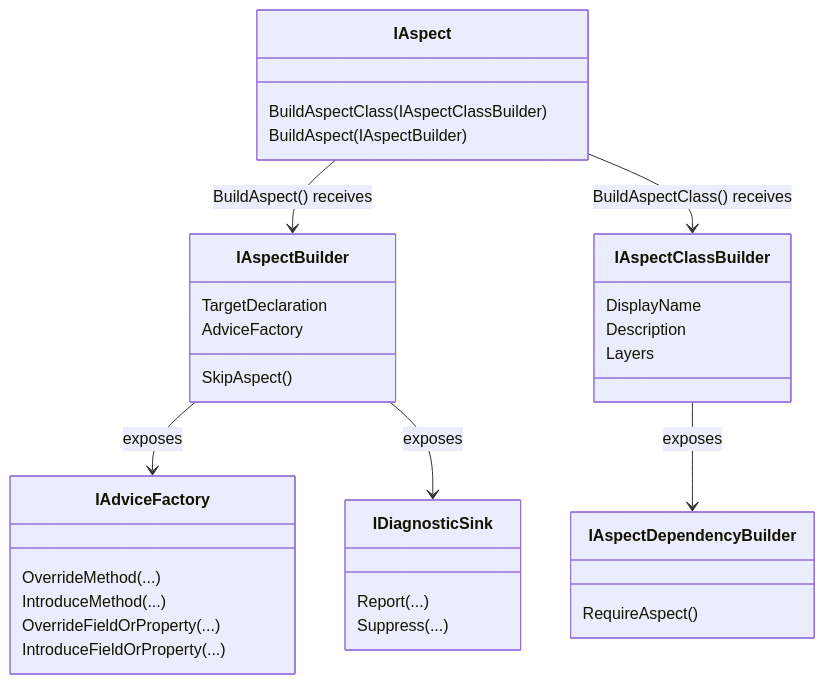
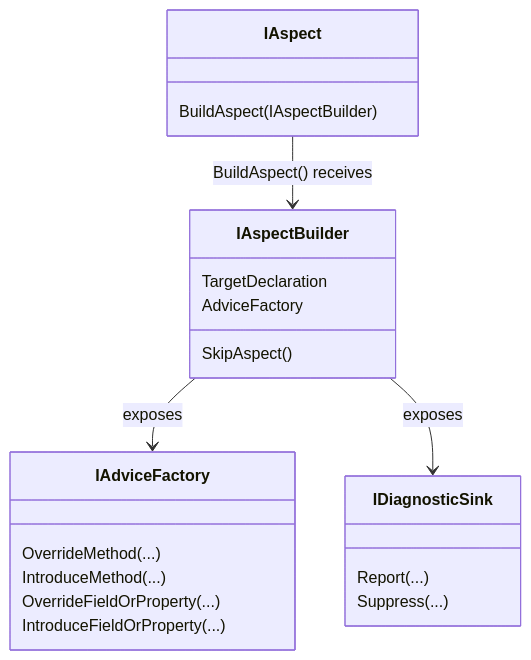
One commit to postsharp/Metalama.Documentation changed the diagram in conceptual/Aspects/aspect-framework-design.md. Above: the diagram before and after it, drawn with Mermaid. The commit also changed other lines of this file and 57 other files, not shown here.

Commit message:
Updating Metalama. Completed several articles, diagrams, namespace descriptions.

````diff
--- a/conceptual/Aspects/aspect-framework-design.md
+++ b/conceptual/Aspects/aspect-framework-design.md
@@ -15,43 +14,30 @@
 ```mermaid
 classDiagram
     
     class IAspect {
-        BuildAspectClass(IAspectClassBuilder)
         BuildAspect(IAspectBuilder)
     }
 
     class IAspectBuilder {
         SkipAspect()
         TargetDeclaration
         AdviceFactory
-    }
-
-    class IAspectClassBuilder {
-        DisplayName
-        Description
-        Layers
-    }
-
-    class IAspectDependencyBuilder {
-        RequireAspect()
     }
 
     class IAdviceFactory {
         OverrideMethod(...)
         IntroduceMethod(...)
         OverrideFieldOrProperty(...)
         IntroduceFieldOrProperty(...)
     }
 
     class IDiagnosticSink {
         Report(...)
         Suppress(...)
     }
 
     IAspect --> IAspectBuilder : BuildAspect() receives
-    IAspect --> IAspectClassBuilder : BuildAspectClass() receives
     IAspectBuilder --> IAdviceFactory : exposes
     IAspectBuilder --> IDiagnosticSink : exposes
-    IAspectClassBuilder --> IAspectDependencyBuilder : exposes
 
 ```
````
